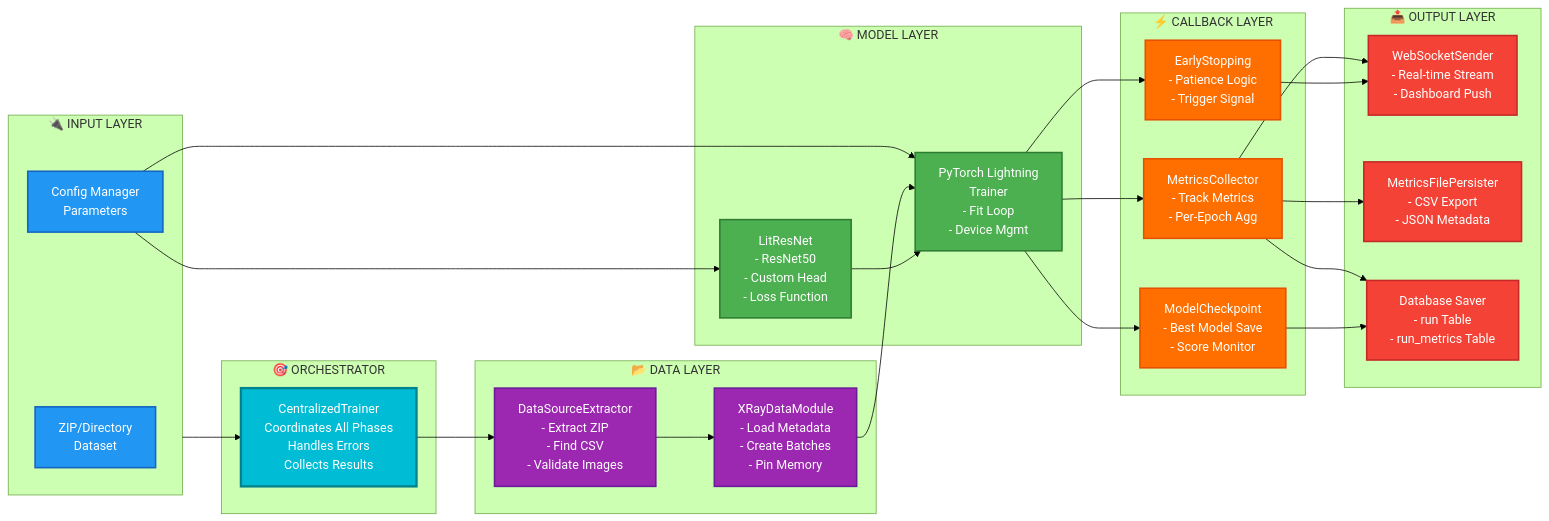
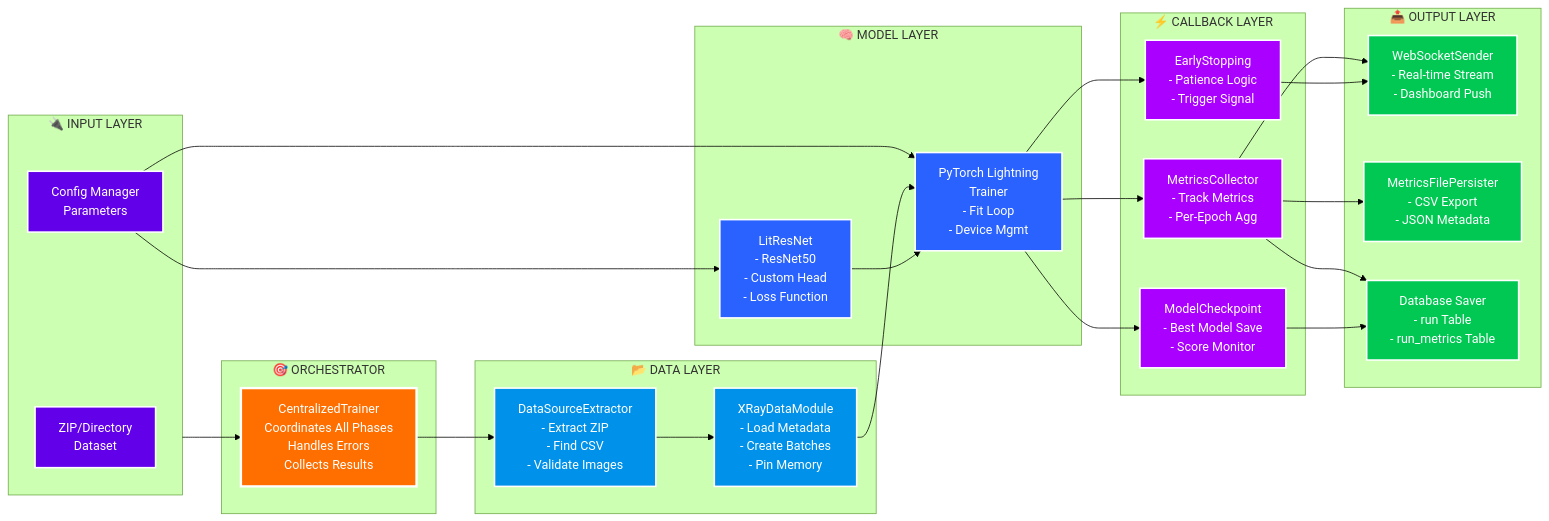
The second of 2 diagrams in federated_pneumonia_detection/src/control/dl_model/README.md (h19overflow/federated_learning), drawn with Mermaid (forest theme) before and after one commit. The commit also changed other lines of this file and 10 other files, not shown here.

````diff
--- a/federated_pneumonia_detection/src/control/dl_model/README.md
+++ b/federated_pneumonia_detection/src/control/dl_model/README.md
@@ -277,76 +272,76 @@
 ```mermaid
 graph LR
-    subgraph Input["🔌 INPUT LAYER"]
+    subgraph Input ["🔌 INPUT LAYER"]
         ZipFile["ZIP/Directory<br/>Dataset"]
         Config["Config Manager<br/>Parameters"]
     end
 
-    subgraph DataLayer["📂 DATA LAYER"]
+    subgraph DataLayer ["📂 DATA LAYER"]
         Extractor["DataSourceExtractor<br/>- Extract ZIP<br/>- Find CSV<br/>- Validate Images"]
 
         DataMod["XRayDataModule<br/>- Load Metadata<br/>- Create Batches<br/>- Pin Memory"]
     end
 
-    subgraph ModelLayer["🧠 MODEL LAYER"]
+    subgraph ModelLayer ["🧠 MODEL LAYER"]
         LitModel["LitResNet<br/>- ResNet50<br/>- Custom Head<br/>- Loss Function"]
 
         Trainer["PyTorch Lightning<br/>Trainer<br/>- Fit Loop<br/>- Device Mgmt"]
     end
 
-    subgraph CallbackLayer["⚡ CALLBACK LAYER"]
+    subgraph CallbackLayer ["⚡ CALLBACK LAYER"]
         MetricsCol["MetricsCollector<br/>- Track Metrics<br/>- Per-Epoch Agg"]
 
         Checkpoint["ModelCheckpoint<br/>- Best Model Save<br/>- Score Monitor"]
 
         EarlyStopping["EarlyStopping<br/>- Patience Logic<br/>- Trigger Signal"]
     end
 
-    subgraph OutputLayer["📤 OUTPUT LAYER"]
+    subgraph OutputLayer ["📤 OUTPUT LAYER"]
         WebSocket["WebSocketSender<br/>- Real-time Stream<br/>- Dashboard Push"]
 
         FilePersist["MetricsFilePersister<br/>- CSV Export<br/>- JSON Metadata"]
 
         DBSave["Database Saver<br/>- run Table<br/>- run_metrics Table"]
     end
 
-    subgraph Orchestrator["🎯 ORCHESTRATOR"]
+    subgraph Orchestrator ["🎯 ORCHESTRATOR"]
         CentralTrain["CentralizedTrainer<br/>Coordinates All Phases<br/>Handles Errors<br/>Collects Results"]
     end
 
     %% Connections
     Input --> CentralTrain
 
     CentralTrain --> Extractor
     Extractor --> DataMod
 
     Config --> LitModel
     Config --> Trainer
     DataMod --> Trainer
 
     LitModel --> Trainer
     Trainer --> MetricsCol
     Trainer --> Checkpoint
     Trainer --> EarlyStopping
 
     MetricsCol --> WebSocket
     MetricsCol --> FilePersist
     MetricsCol --> DBSave
 
     Checkpoint --> DBSave
     EarlyStopping --> WebSocket
 
     %% Styling
-    classDef input fill:#2196F3,color:#fff,stroke:#1565C0,stroke-width:2px
-    classDef data fill:#9C27B0,color:#fff,stroke:#6A1B9A,stroke-width:2px
-    classDef model fill:#4CAF50,color:#fff,stroke:#2E7D32,stroke-width:2px
-    classDef callback fill:#FF6F00,color:#fff,stroke:#E65100,stroke-width:2px
-    classDef output fill:#F44336,color:#fff,stroke:#C62828,stroke-width:2px
-    classDef main fill:#00BCD4,color:#fff,stroke:#00838F,stroke-width:3px
+    classDef input fill:#6200EA,stroke:#fff,stroke-width:2px,color:#fff;
+    classDef data fill:#0091EA,stroke:#fff,stroke-width:2px,color:#fff;
+    classDef model fill:#2962FF,stroke:#fff,stroke-width:2px,color:#fff;
+    classDef callback fill:#AA00FF,stroke:#fff,stroke-width:2px,color:#fff;
+    classDef output fill:#00C853,stroke:#fff,stroke-width:2px,color:#fff;
+    classDef main fill:#FF6F00,stroke:#fff,stroke-width:3px,color:#fff;
 
-    class ZipFile,Config input
-    class Extractor,DataMod data
-    class LitModel,Trainer model
-    class MetricsCol,Checkpoint,EarlyStopping callback
-    class WebSocket,FilePersist,DBSave output
-    class CentralTrain main
+    class ZipFile,Config input;
+    class Extractor,DataMod data;
+    class LitModel,Trainer model;
+    class MetricsCol,Checkpoint,EarlyStopping callback;
+    class WebSocket,FilePersist,DBSave output;
+    class CentralTrain main;
 ```
````
